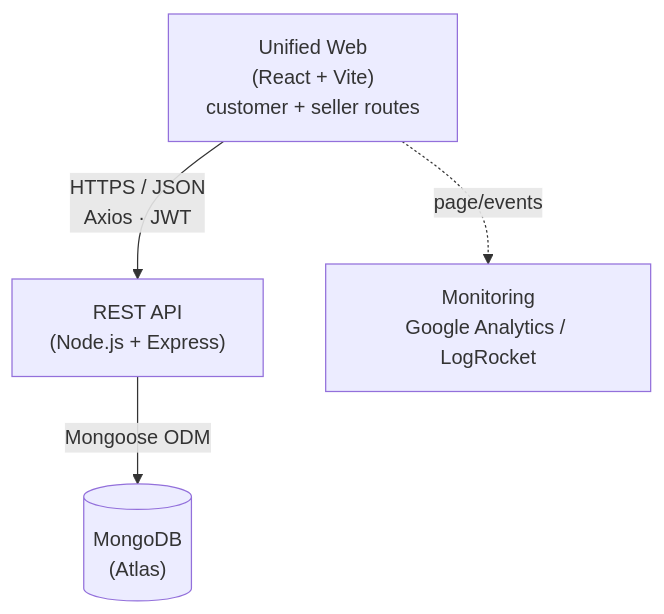
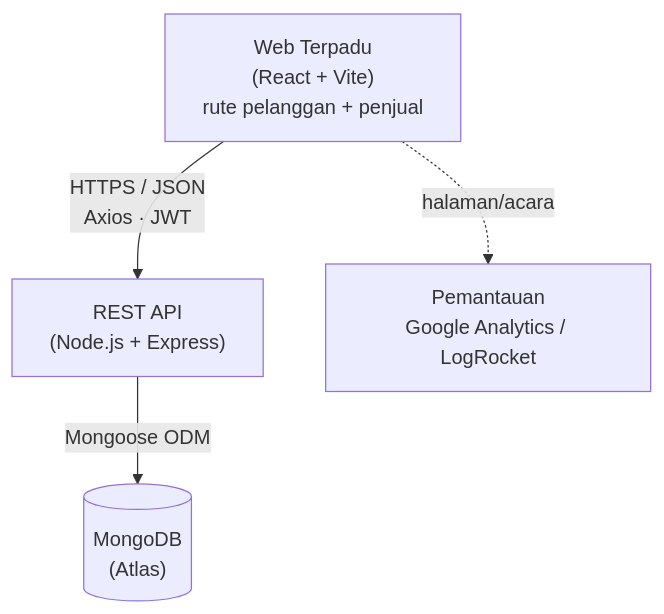
One commit to andreasarnol02/platform-lab-final-project changed the first of 5 diagrams in docs/technical-requirements.md. Above: the diagram before and after it, drawn with Mermaid. The commit also changed other lines of this file and 5 other files, not shown here.

````diff
--- a/docs/technical-requirements.md
+++ b/docs/technical-requirements.md
@@ -30,13 +30,13 @@
 ```mermaid
 flowchart TB
-    WEB["Unified Web<br/>(React + Vite)<br/>customer + seller routes"]
+    WEB["Web Terpadu<br/>(React + Vite)<br/>rute pelanggan + penjual"]
 
     API["REST API<br/>(Node.js + Express)"]
     DB[("MongoDB<br/>(Atlas)")]
-    MON["Monitoring<br/>Google Analytics / LogRocket"]
+    MON["Pemantauan<br/>Google Analytics / LogRocket"]
 
     WEB -->|"HTTPS / JSON<br/>Axios · JWT"| API
 
     API -->|"Mongoose ODM"| DB
-    WEB -.->|"page/events"| MON
+    WEB -.->|"halaman/acara"| MON
 ```
````
